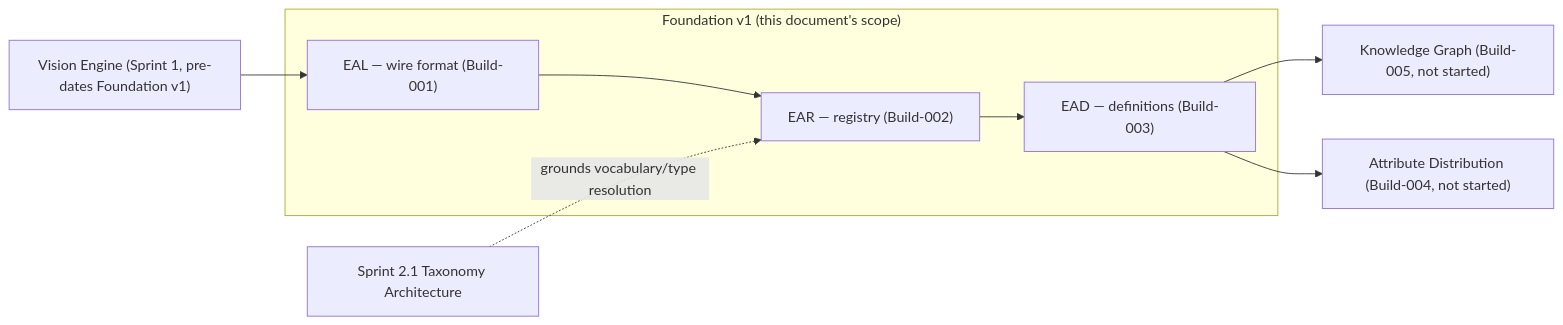
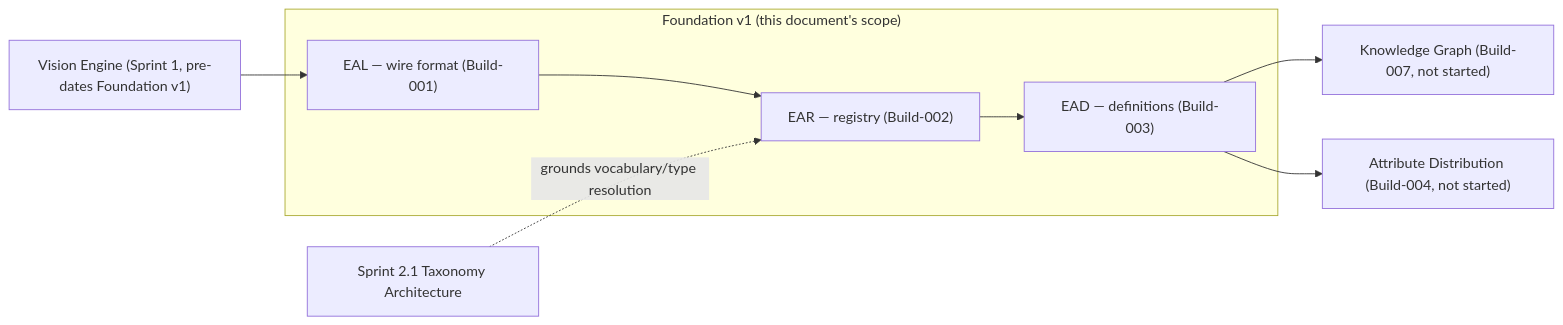
The first of 2 diagrams in docs/00_Foundation/FOUNDATION_v1.md (lexvoraconsulting-lab/The-Baking-Kaur), drawn with Mermaid before and after one commit. The commit also changed other lines of this file and 3 other files, not shown here.

Commit message:
docs(roadmap): ADR-0007 resequence Build-005..007, insert Validation Engine

````diff
--- a/docs/00_Foundation/FOUNDATION_v1.md
+++ b/docs/00_Foundation/FOUNDATION_v1.md
@@ -79,13 +79,13 @@
 ```mermaid
 graph LR
     subgraph Foundation_v1["Foundation v1 (this document's scope)"]
         EAL["EAL — wire format (Build-001)"]
         EAR["EAR — registry (Build-002)"]
         EAD["EAD — definitions (Build-003)"]
         EAL --> EAR --> EAD
     end
     VE["Vision Engine (Sprint 1, pre-dates Foundation v1)"] --> EAL
-    EAD --> KG["Knowledge Graph (Build-005, not started)"]
+    EAD --> KG["Knowledge Graph (Build-007, not started)"]
     EAD --> DIST["Attribute Distribution (Build-004, not started)"]
     TAX["Sprint 2.1 Taxonomy Architecture"] -.grounds vocabulary/type resolution.-> EAR
 ```
````
